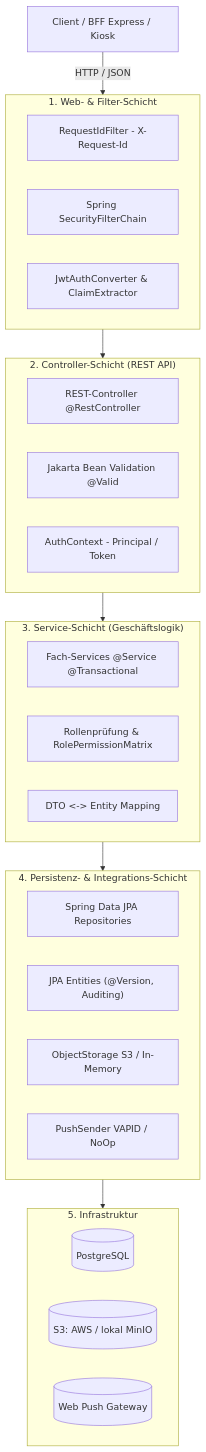
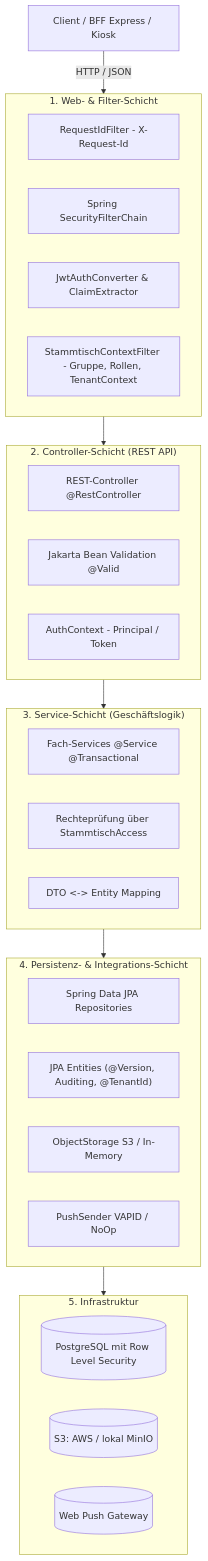
The first of 2 diagrams in docs/baseservice/02-architecture-and-layers.md (damaurer/vereint), drawn with Mermaid before and after one commit. The commit also changed other lines of this file and 90 other files, not shown here.

````diff
--- a/docs/baseservice/02-architecture-and-layers.md
+++ b/docs/baseservice/02-architecture-and-layers.md
@@ -11,40 +11,41 @@
 ```mermaid
 graph TD
   Client[Client / BFF Express / Kiosk] -->|HTTP / JSON| WebLayer
 
   subgraph WebLayer["1. Web- & Filter-Schicht"]
     ReqId[RequestIdFilter - X-Request-Id]
     SecFilter[Spring SecurityFilterChain]
     Conv[JwtAuthConverter & ClaimExtractor]
+    Tenant[StammtischContextFilter - Gruppe, Rollen, TenantContext]
   end
 
   subgraph RestLayer["2. Controller-Schicht (REST API)"]
     Ctrl[REST-Controller @RestController]
     Val[Jakarta Bean Validation @Valid]
     AuthCtx[AuthContext - Principal / Token]
   end
 
   subgraph ServiceLayer["3. Service-Schicht (Geschäftslogik)"]
     Svc["Fach-Services @Service @Transactional"]
-    SecMatrix["Rollenprüfung & RolePermissionMatrix"]
+    SecMatrix["Rechteprüfung über StammtischAccess"]
     Mapping["DTO <-> Entity Mapping"]
   end
 
   subgraph DataLayer["4. Persistenz- & Integrations-Schicht"]
     Repo[Spring Data JPA Repositories]
-    Entities["JPA Entities (@Version, Auditing)"]
+    Entities["JPA Entities (@Version, Auditing, @TenantId)"]
     ExtStorage[ObjectStorage S3 / In-Memory]
     ExtPush[PushSender VAPID / NoOp]
   end
 
   subgraph InfraLayer["5. Infrastruktur"]
-    DB[(PostgreSQL)]
+    DB[(PostgreSQL mit Row Level Security)]
     S3Store[(S3: AWS / lokal MinIO)]
     PushGw[(Web Push Gateway)]
   end
 
   WebLayer --> RestLayer
   RestLayer --> ServiceLayer
   ServiceLayer --> DataLayer
   DataLayer --> InfraLayer
 ```
````
